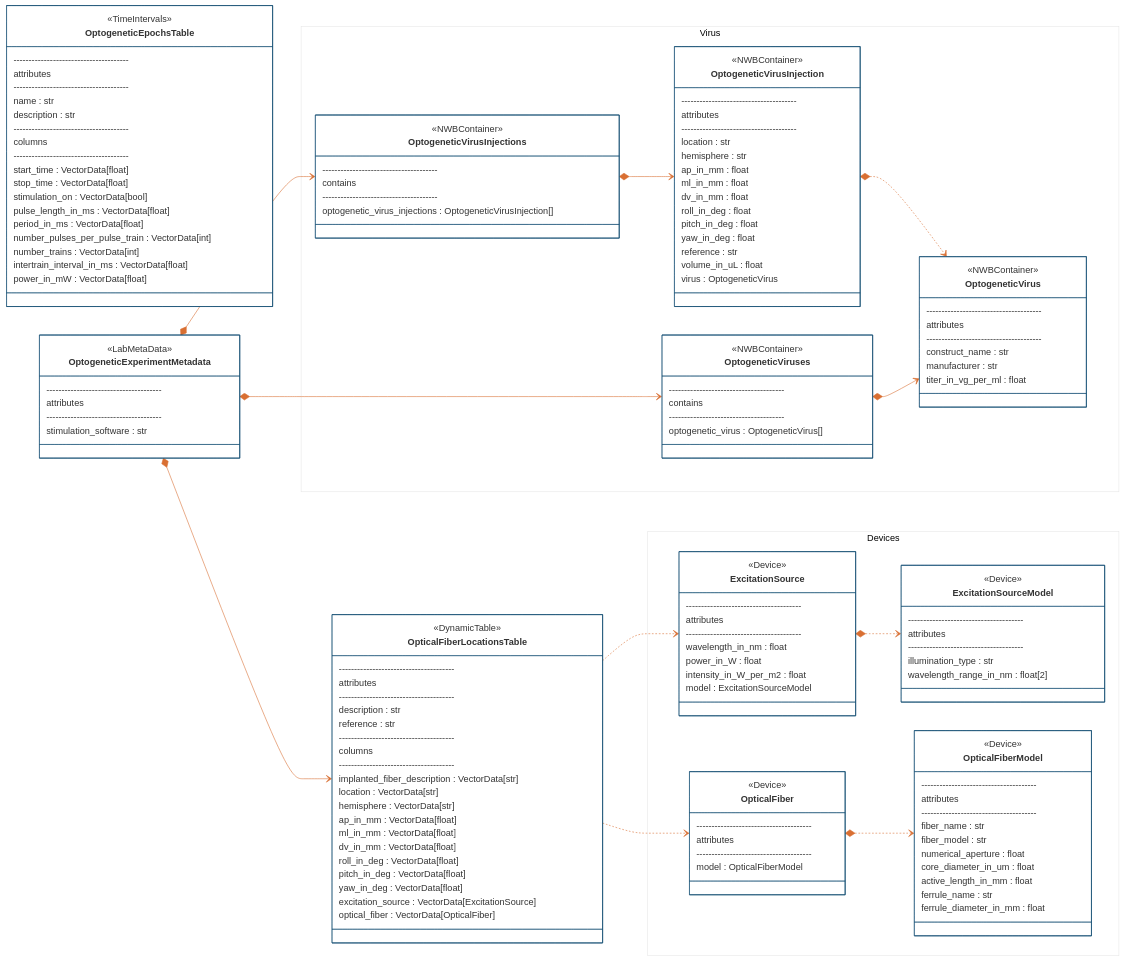
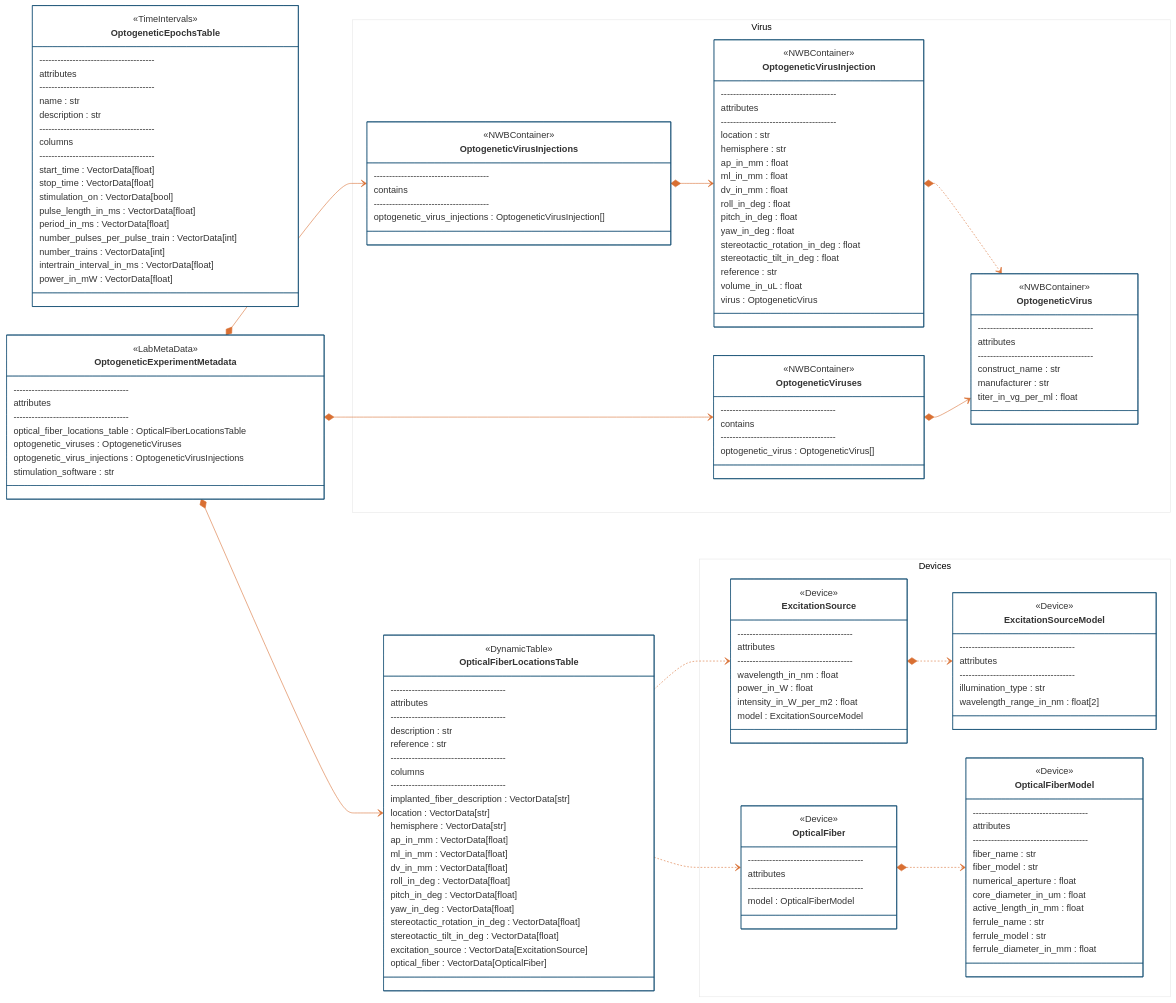
The diagram in README.md (rly/ndx-optogenetics), drawn with Mermaid before and after one commit.

Commit message:
Update mermaid

```diff
--- a/README.md
+++ b/README.md
@@ -119,6 +119,9 @@
         --------------------------------------
         attributes
         --------------------------------------
+        optical_fiber_locations_table : OpticalFiberLocationsTable
+        optogenetic_viruses : OptogeneticViruses
+        optogenetic_virus_injections : OptogeneticVirusInjections
         stimulation_software : str
     }
 
@@ -142,6 +145,8 @@
         roll_in_deg : VectorData[float]
         pitch_in_deg : VectorData[float]
         yaw_in_deg : VectorData[float]
+        stereotactic_rotation_in_deg : VectorData[float]
+        stereotactic_tilt_in_deg : VectorData[float]
         excitation_source : VectorData[ExcitationSource]
         optical_fiber : VectorData[OpticalFiber]
     }
@@ -178,6 +183,7 @@
             core_diameter_in_um : float
             active_length_in_mm : float
             ferrule_name : str
+            ferrule_model : str
             ferrule_diameter_in_mm : float
         }
 
@@ -214,6 +220,8 @@
             roll_in_deg : float
             pitch_in_deg : float
             yaw_in_deg : float
+            stereotactic_rotation_in_deg : float
+            stereotactic_tilt_in_deg : float
             reference : str
             volume_in_uL : float
             virus : OptogeneticVirus
```
